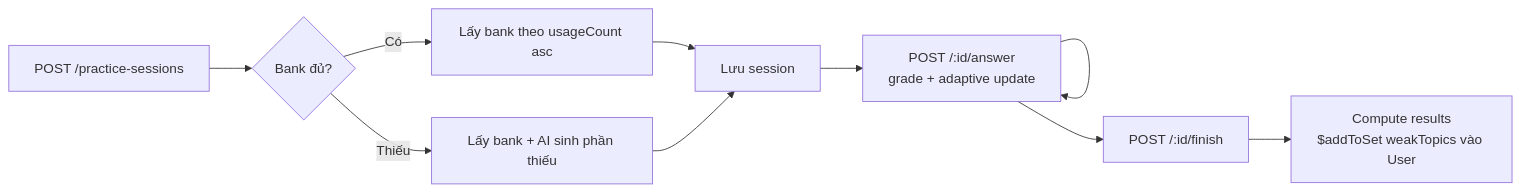
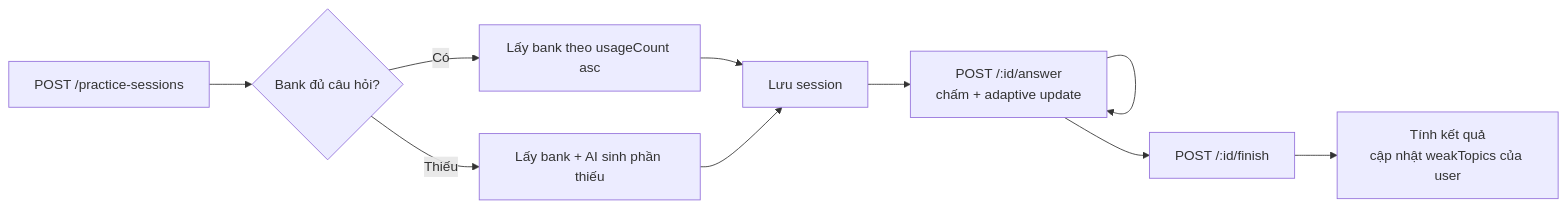
The second of 2 diagrams in docs/Week4-API-Completion.md (Ro810/ai-learning-assistant), drawn with Mermaid before and after one commit. The commit also changed other lines of this file and 3 other files, not shown here.

````diff
--- a/docs/Week4-API-Completion.md
+++ b/docs/Week4-API-Completion.md
@@ -125,12 +64,12 @@
 ```mermaid
 flowchart LR
-    A[POST /practice-sessions] --> B{Bank đủ?}
+    A[POST /practice-sessions] --> B{Bank đủ câu hỏi?}
     B -- Có --> C[Lấy bank theo usageCount asc]
     B -- Thiếu --> D[Lấy bank + AI sinh phần thiếu]
     C --> E[Lưu session]
     D --> E
-    E --> F[POST /:id/answer<br/>grade + adaptive update]
+    E --> F[POST /:id/answer<br/>chấm + adaptive update]
     F --> F
     F --> G[POST /:id/finish]
-    G --> H[Compute results<br/>$addToSet weakTopics vào User]
+    G --> H[Tính kết quả<br/>cập nhật weakTopics của user]
 ```
````
